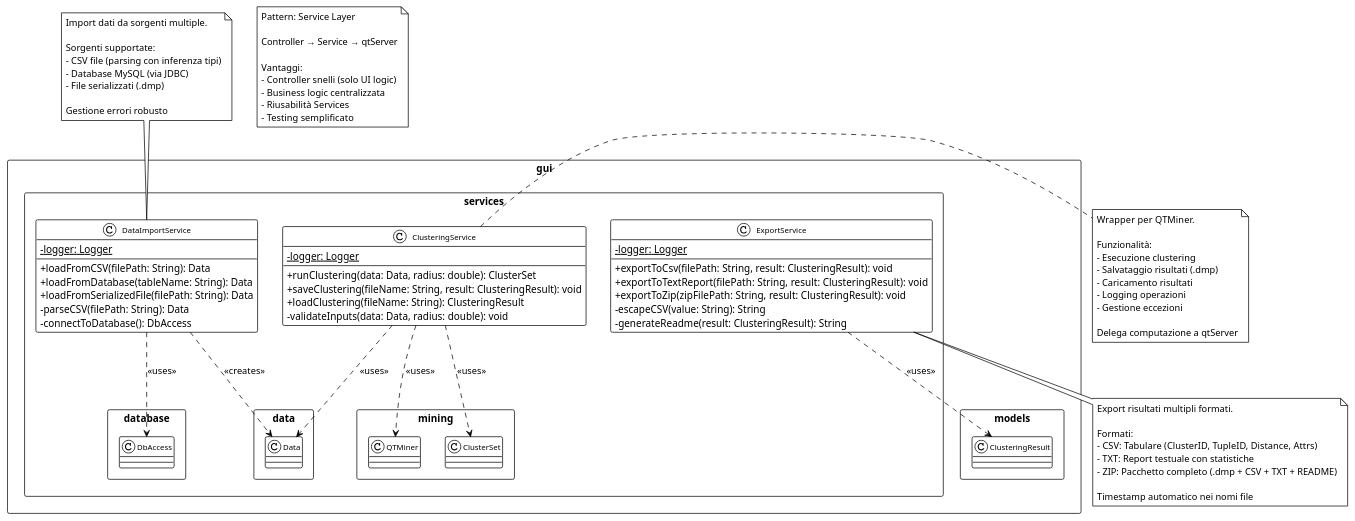
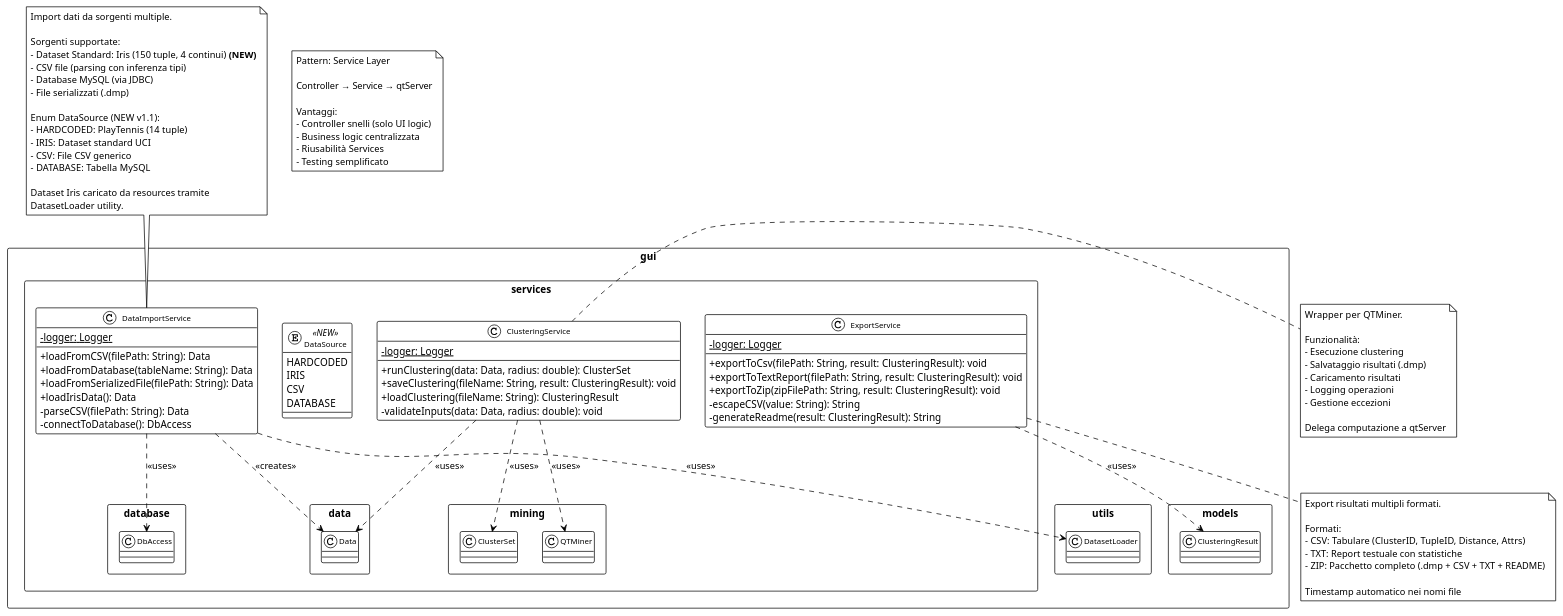
One commit to XtremeXSPC/MAP changed the diagram in docs/uml/qtGUI/services/services_package.puml. Above: the diagram before and after it, drawn with PlantUML. The commit also changed 3 other files, not shown here.

```diff
--- a/docs/uml/qtGUI/services/services_package.puml
+++ b/docs/uml/qtGUI/services/services_package.puml
@@ -1,98 +1,115 @@
 @startuml services_package
 !theme plain
 skinparam classAttributeIconSize 0
 skinparam classFontSize 11
 skinparam packageStyle rectangle
 
 package gui.services {
   ' ===== Clustering Service =====
   class ClusteringService {
     - {static} logger: Logger
     --
     + runClustering(data: Data, radius: double): ClusterSet
     + saveClustering(fileName: String, result: ClusteringResult): void
     + loadClustering(fileName: String): ClusteringResult
     - validateInputs(data: Data, radius: double): void
   }
 
   ' ===== Data Import Service =====
   class DataImportService {
     - {static} logger: Logger
     --
     + loadFromCSV(filePath: String): Data
     + loadFromDatabase(tableName: String): Data
     + loadFromSerializedFile(filePath: String): Data
+    + loadIrisData(): Data
     - parseCSV(filePath: String): Data
     - connectToDatabase(): DbAccess
+  }
+
+  enum DataSource << NEW >> {
+    HARDCODED
+    IRIS
+    CSV
+    DATABASE
   }
 
   ' ===== Export Service =====
   class ExportService {
     - {static} logger: Logger
     --
     + exportToCsv(filePath: String, result: ClusteringResult): void
     + exportToTextReport(filePath: String, result: ClusteringResult): void
     + exportToZip(zipFilePath: String, result: ClusteringResult): void
     - escapeCSV(value: String): String
     - generateReadme(result: ClusteringResult): String
   }
 
   ' ===== Relazioni con qtServer =====
   ClusteringService ..> "mining.QTMiner" : <<uses>>
   ClusteringService ..> "mining.ClusterSet" : <<uses>>
   ClusteringService ..> "data.Data" : <<uses>>
 
   DataImportService ..> "data.Data" : <<creates>>
   DataImportService ..> "database.DbAccess" : <<uses>>
+  DataImportService ..> "gui.utils.DatasetLoader" : <<uses>>
 
   ExportService ..> "gui.models.ClusteringResult" : <<uses>>
 }
 
 note right of ClusteringService
   Wrapper per QTMiner.
 
   Funzionalità:
   - Esecuzione clustering
   - Salvataggio risultati (.dmp)
   - Caricamento risultati
   - Logging operazioni
   - Gestione eccezioni
 
   Delega computazione a qtServer
 end note
 
 note top of DataImportService
   Import dati da sorgenti multiple.
 
   Sorgenti supportate:
+  - Dataset Standard: Iris (150 tuple, 4 continui) **(NEW)**
   - CSV file (parsing con inferenza tipi)
   - Database MySQL (via JDBC)
   - File serializzati (.dmp)
 
-  Gestione errori robusto
+  Enum DataSource (NEW v1.1):
+  - HARDCODED: PlayTennis (14 tuple)
+  - IRIS: Dataset standard UCI
+  - CSV: File CSV generico
+  - DATABASE: Tabella MySQL
+
+  Dataset Iris caricato da resources tramite
+  DatasetLoader utility.
 end note
 
 note bottom of ExportService
   Export risultati multipli formati.
 
   Formati:
   - CSV: Tabulare (ClusterID, TupleID, Distance, Attrs)
   - TXT: Report testuale con statistiche
   - ZIP: Pacchetto completo (.dmp + CSV + TXT + README)
 
   Timestamp automatico nei nomi file
 end note
 
 note as N1
   Pattern: Service Layer
 
   Controller → Service → qtServer
 
   Vantaggi:
   - Controller snelli (solo UI logic)
   - Business logic centralizzata
   - Riusabilità Services
   - Testing semplificato
 end note
 
 @enduml
```
